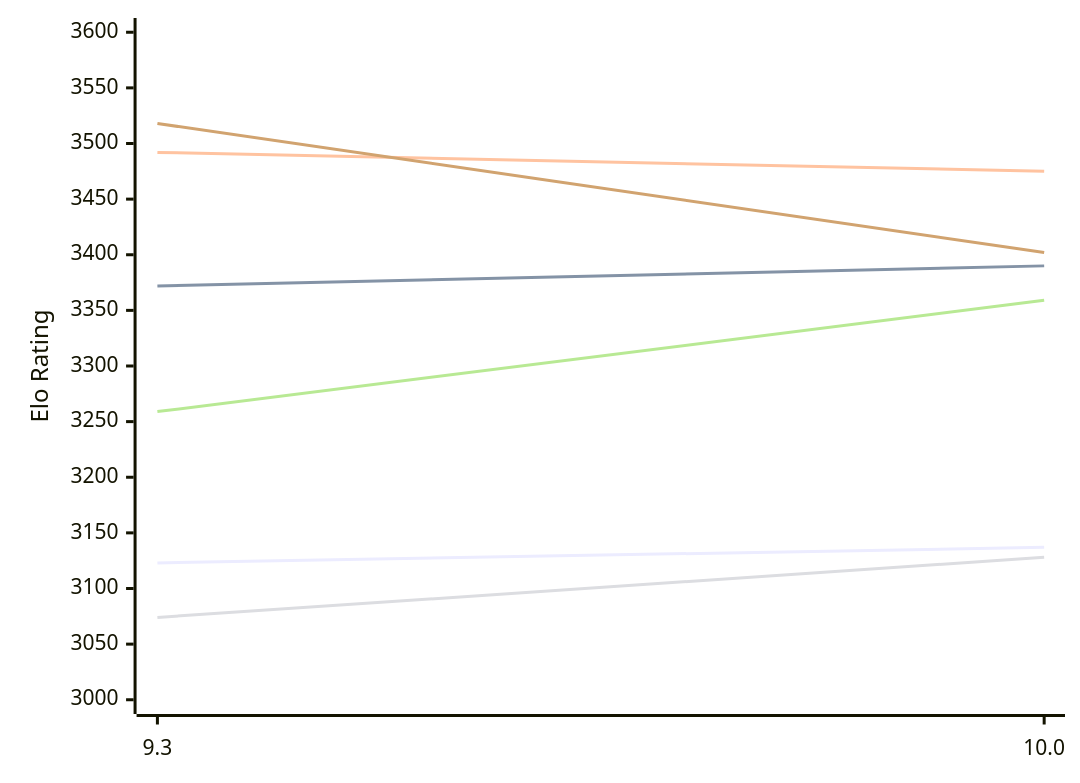
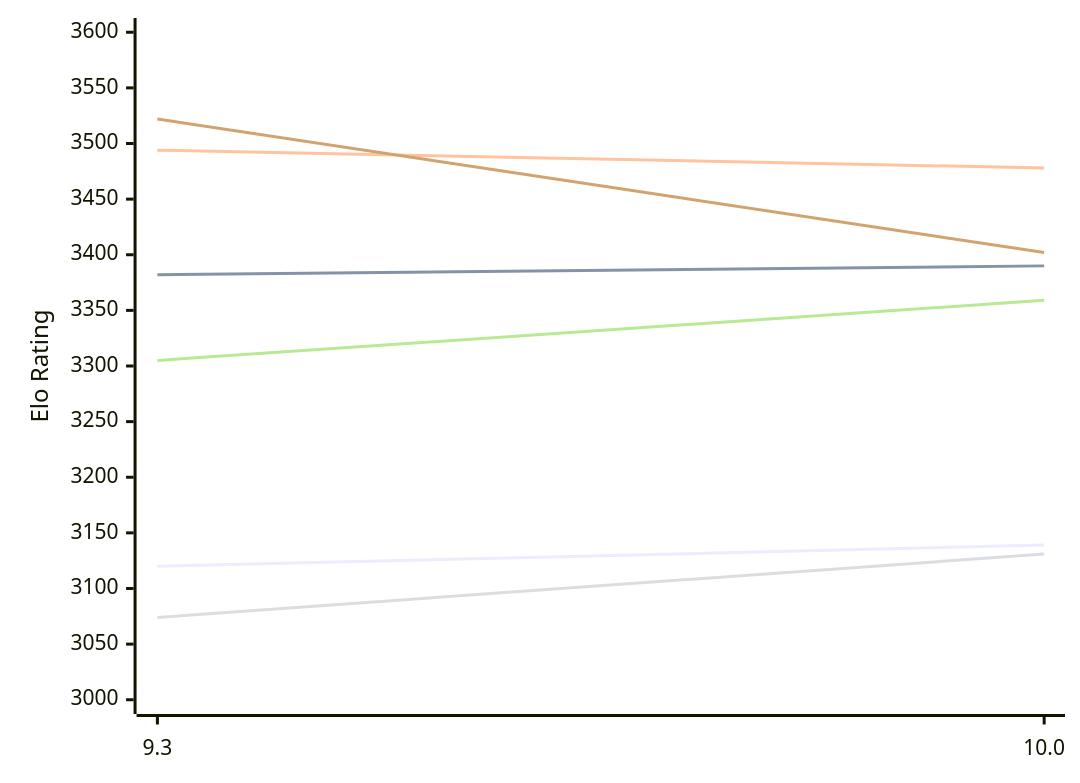
One commit to computer-chess-index/cci changed the first of 2 diagrams in engines/Fire.md. Above: the diagram before and after it, drawn with Mermaid. The commit also changed other lines of this file, not shown here.

Commit message:
Update CCI Ratings (ELO VLTC) - 2026-11-17

````diff
--- a/engines/Fire.md
+++ b/engines/Fire.md
@@ -50,12 +50,12 @@
 ```mermaid
 %%{init: {"theme":"base","themeVariables":{"seriesColors:['#a3a3a3','#222221','#faa371']}}}%%
 xychart-beta
   x-axis ["9.3", "10.0"]
   y-axis "Elo Rating" 3000 --> 3600
-  line "E1: STC (8.0+0.08s)" [3123, 3137]
-  line "E1: LTC (60.0+0.60s)" [3372, 3390]
-  line "E1: VLTC (2m24s+1.12s)" [3492, 3475]
-  line "P1: STC (8.0+0.08s)" [3074, 3128]
-  line "P1: LTC (60.0+0.60s)" [3259, 3359]
-  line "P1: VLTC (2m24s+1.12s)" [3518, 3402]
+  line "E1: STC (8.0+0.08s)" [3120, 3139]
+  line "E1: LTC (60.0+0.60s)" [3382, 3390]
+  line "E1: VLTC (2m24s+1.12s)" [3494, 3478]
+  line "P1: STC (8.0+0.08s)" [3074, 3131]
+  line "P1: LTC (60.0+0.60s)" [3305, 3359]
+  line "P1: VLTC (2m24s+1.12s)" [3522, 3402]
 ```
````
